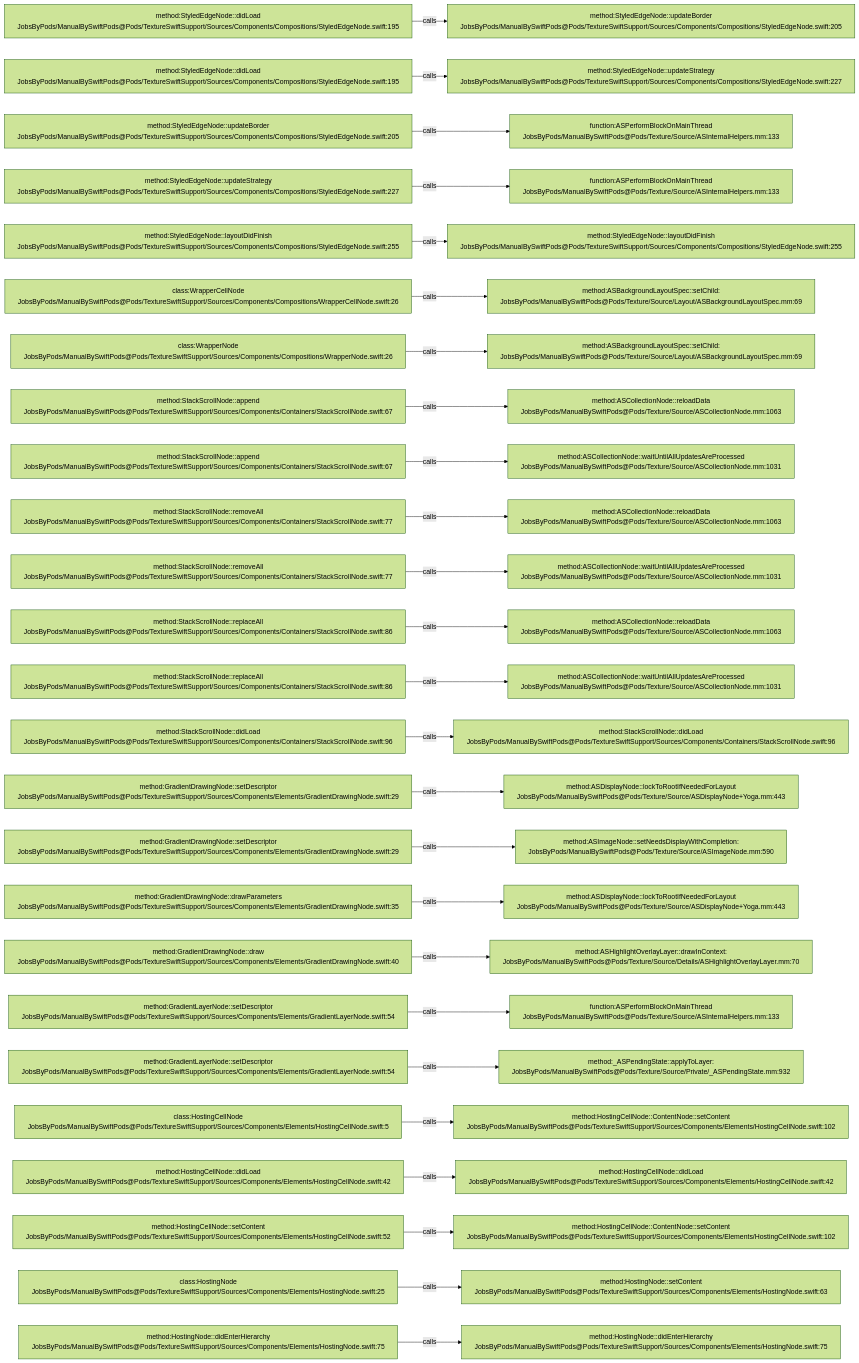
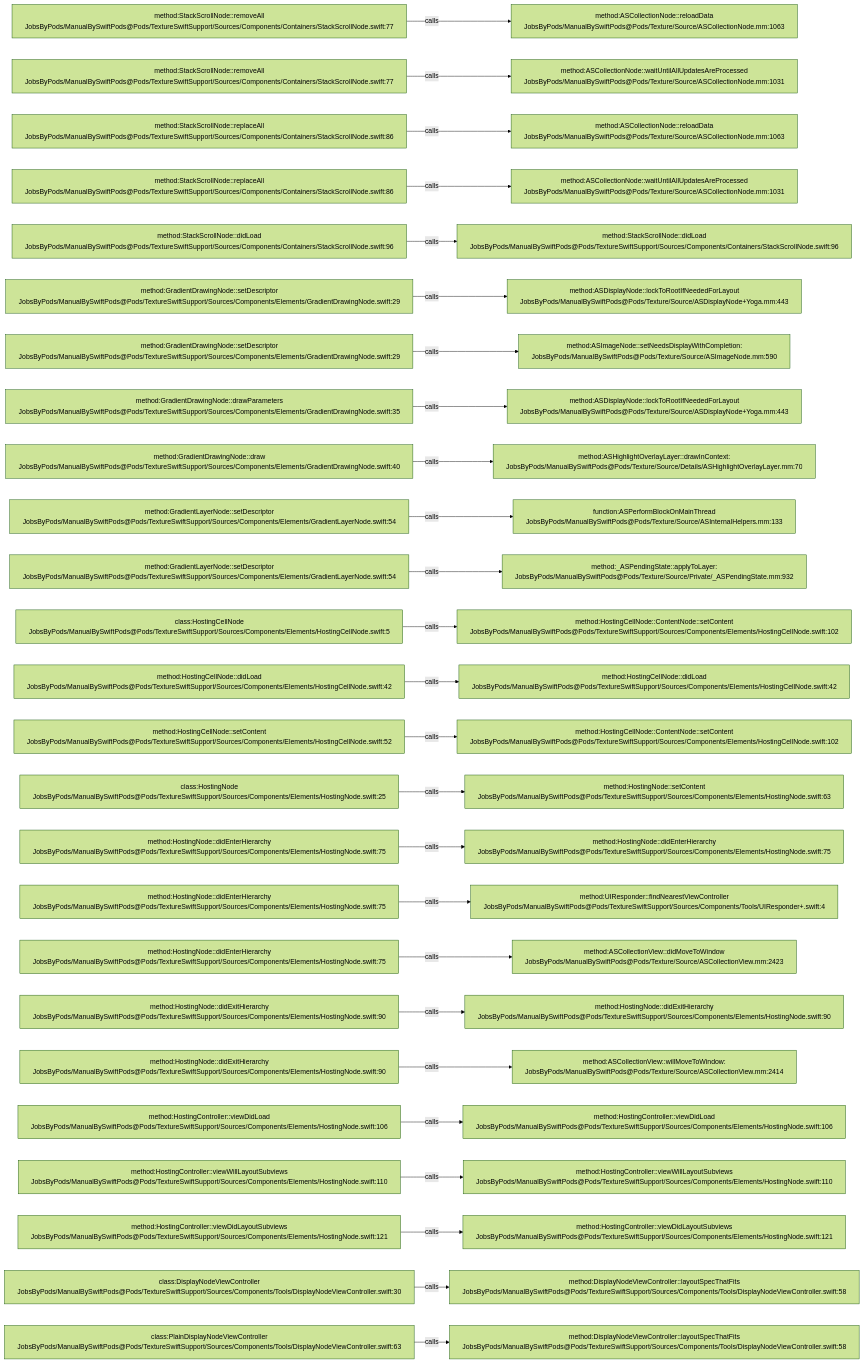
One commit to JobsKits/JobsSwiftBaseConfigDemo changed the diagram in .codegraph/codegraph.md/graphs/calls-155.md. Above: the diagram before and after it, drawn with Mermaid (forest theme). The commit also changed 707 other files, not shown here.

````diff
--- a/.codegraph/codegraph.md/graphs/calls-155.md
+++ b/.codegraph/codegraph.md/graphs/calls-155.md
@@ -13,78 +13,78 @@
 ```mermaid
 flowchart LR
-  S1["method:StyledEdgeNode::didLoad<br/>JobsByPods/ManualBySwiftPods@Pods/TextureSwiftSupport/Sources/Components/Compositions/StyledEdgeNode.swift:195"]
-  T1["method:StyledEdgeNode::updateBorder<br/>JobsByPods/ManualBySwiftPods@Pods/TextureSwiftSupport/Sources/Components/Compositions/StyledEdgeNode.swift:205"]
+  S1["method:StackScrollNode::removeAll<br/>JobsByPods/ManualBySwiftPods@Pods/TextureSwiftSupport/Sources/Components/Containers/StackScrollNode.swift:77"]
+  T1["method:ASCollectionNode::reloadData<br/>JobsByPods/ManualBySwiftPods@Pods/Texture/Source/ASCollectionNode.mm:1063"]
   S1 -->|calls| T1
-  S2["method:StyledEdgeNode::didLoad<br/>JobsByPods/ManualBySwiftPods@Pods/TextureSwiftSupport/Sources/Components/Compositions/StyledEdgeNode.swift:195"]
-  T2["method:StyledEdgeNode::updateStrategy<br/>JobsByPods/ManualBySwiftPods@Pods/TextureSwiftSupport/Sources/Components/Compositions/StyledEdgeNode.swift:227"]
+  S2["method:StackScrollNode::removeAll<br/>JobsByPods/ManualBySwiftPods@Pods/TextureSwiftSupport/Sources/Components/Containers/StackScrollNode.swift:77"]
+  T2["method:ASCollectionNode::waitUntilAllUpdatesAreProcessed<br/>JobsByPods/ManualBySwiftPods@Pods/Texture/Source/ASCollectionNode.mm:1031"]
   S2 -->|calls| T2
-  S3["method:StyledEdgeNode::updateBorder<br/>JobsByPods/ManualBySwiftPods@Pods/TextureSwiftSupport/Sources/Components/Compositions/StyledEdgeNode.swift:205"]
-  T3["function:ASPerformBlockOnMainThread<br/>JobsByPods/ManualBySwiftPods@Pods/Texture/Source/ASInternalHelpers.mm:133"]
+  S3["method:StackScrollNode::replaceAll<br/>JobsByPods/ManualBySwiftPods@Pods/TextureSwiftSupport/Sources/Components/Containers/StackScrollNode.swift:86"]
+  T3["method:ASCollectionNode::reloadData<br/>JobsByPods/ManualBySwiftPods@Pods/Texture/Source/ASCollectionNode.mm:1063"]
   S3 -->|calls| T3
-  S4["method:StyledEdgeNode::updateStrategy<br/>JobsByPods/ManualBySwiftPods@Pods/TextureSwiftSupport/Sources/Components/Compositions/StyledEdgeNode.swift:227"]
-  T4["function:ASPerformBlockOnMainThread<br/>JobsByPods/ManualBySwiftPods@Pods/Texture/Source/ASInternalHelpers.mm:133"]
+  S4["method:StackScrollNode::replaceAll<br/>JobsByPods/ManualBySwiftPods@Pods/TextureSwiftSupport/Sources/Components/Containers/StackScrollNode.swift:86"]
+  T4["method:ASCollectionNode::waitUntilAllUpdatesAreProcessed<br/>JobsByPods/ManualBySwiftPods@Pods/Texture/Source/ASCollectionNode.mm:1031"]
   S4 -->|calls| T4
-  S5["method:StyledEdgeNode::layoutDidFinish<br/>JobsByPods/ManualBySwiftPods@Pods/TextureSwiftSupport/Sources/Components/Compositions/StyledEdgeNode.swift:255"]
-  T5["method:StyledEdgeNode::layoutDidFinish<br/>JobsByPods/ManualBySwiftPods@Pods/TextureSwiftSupport/Sources/Components/Compositions/StyledEdgeNode.swift:255"]
+  S5["method:StackScrollNode::didLoad<br/>JobsByPods/ManualBySwiftPods@Pods/TextureSwiftSupport/Sources/Components/Containers/StackScrollNode.swift:96"]
+  T5["method:StackScrollNode::didLoad<br/>JobsByPods/ManualBySwiftPods@Pods/TextureSwiftSupport/Sources/Components/Containers/StackScrollNode.swift:96"]
   S5 -->|calls| T5
-  S6["class:WrapperCellNode<br/>JobsByPods/ManualBySwiftPods@Pods/TextureSwiftSupport/Sources/Components/Compositions/WrapperCellNode.swift:26"]
-  T6["method:ASBackgroundLayoutSpec::setChild:<br/>JobsByPods/ManualBySwiftPods@Pods/Texture/Source/Layout/ASBackgroundLayoutSpec.mm:69"]
+  S6["method:GradientDrawingNode::setDescriptor<br/>JobsByPods/ManualBySwiftPods@Pods/TextureSwiftSupport/Sources/Components/Elements/GradientDrawingNode.swift:29"]
+  T6["method:ASDisplayNode::lockToRootIfNeededForLayout<br/>JobsByPods/ManualBySwiftPods@Pods/Texture/Source/ASDisplayNode+Yoga.mm:443"]
   S6 -->|calls| T6
-  S7["class:WrapperNode<br/>JobsByPods/ManualBySwiftPods@Pods/TextureSwiftSupport/Sources/Components/Compositions/WrapperNode.swift:26"]
-  T7["method:ASBackgroundLayoutSpec::setChild:<br/>JobsByPods/ManualBySwiftPods@Pods/Texture/Source/Layout/ASBackgroundLayoutSpec.mm:69"]
+  S7["method:GradientDrawingNode::setDescriptor<br/>JobsByPods/ManualBySwiftPods@Pods/TextureSwiftSupport/Sources/Components/Elements/GradientDrawingNode.swift:29"]
+  T7["method:ASImageNode::setNeedsDisplayWithCompletion:<br/>JobsByPods/ManualBySwiftPods@Pods/Texture/Source/ASImageNode.mm:590"]
   S7 -->|calls| T7
-  S8["method:StackScrollNode::append<br/>JobsByPods/ManualBySwiftPods@Pods/TextureSwiftSupport/Sources/Components/Containers/StackScrollNode.swift:67"]
-  T8["method:ASCollectionNode::reloadData<br/>JobsByPods/ManualBySwiftPods@Pods/Texture/Source/ASCollectionNode.mm:1063"]
+  S8["method:GradientDrawingNode::drawParameters<br/>JobsByPods/ManualBySwiftPods@Pods/TextureSwiftSupport/Sources/Components/Elements/GradientDrawingNode.swift:35"]
+  T8["method:ASDisplayNode::lockToRootIfNeededForLayout<br/>JobsByPods/ManualBySwiftPods@Pods/Texture/Source/ASDisplayNode+Yoga.mm:443"]
   S8 -->|calls| T8
-  S9["method:StackScrollNode::append<br/>JobsByPods/ManualBySwiftPods@Pods/TextureSwiftSupport/Sources/Components/Containers/StackScrollNode.swift:67"]
-  T9["method:ASCollectionNode::waitUntilAllUpdatesAreProcessed<br/>JobsByPods/ManualBySwiftPods@Pods/Texture/Source/ASCollectionNode.mm:1031"]
+  S9["method:GradientDrawingNode::draw<br/>JobsByPods/ManualBySwiftPods@Pods/TextureSwiftSupport/Sources/Components/Elements/GradientDrawingNode.swift:40"]
+  T9["method:ASHighlightOverlayLayer::drawInContext:<br/>JobsByPods/ManualBySwiftPods@Pods/Texture/Source/Details/ASHighlightOverlayLayer.mm:70"]
   S9 -->|calls| T9
-  S10["method:StackScrollNode::removeAll<br/>JobsByPods/ManualBySwiftPods@Pods/TextureSwiftSupport/Sources/Components/Containers/StackScrollNode.swift:77"]
-  T10["method:ASCollectionNode::reloadData<br/>JobsByPods/ManualBySwiftPods@Pods/Texture/Source/ASCollectionNode.mm:1063"]
+  S10["method:GradientLayerNode::setDescriptor<br/>JobsByPods/ManualBySwiftPods@Pods/TextureSwiftSupport/Sources/Components/Elements/GradientLayerNode.swift:54"]
+  T10["function:ASPerformBlockOnMainThread<br/>JobsByPods/ManualBySwiftPods@Pods/Texture/Source/ASInternalHelpers.mm:133"]
   S10 -->|calls| T10
-  S11["method:StackScrollNode::removeAll<br/>JobsByPods/ManualBySwiftPods@Pods/TextureSwiftSupport/Sources/Components/Containers/StackScrollNode.swift:77"]
-  T11["method:ASCollectionNode::waitUntilAllUpdatesAreProcessed<br/>JobsByPods/ManualBySwiftPods@Pods/Texture/Source/ASCollectionNode.mm:1031"]
+  S11["method:GradientLayerNode::setDescriptor<br/>JobsByPods/ManualBySwiftPods@Pods/TextureSwiftSupport/Sources/Components/Elements/GradientLayerNode.swift:54"]
+  T11["method:_ASPendingState::applyToLayer:<br/>JobsByPods/ManualBySwiftPods@Pods/Texture/Source/Private/_ASPendingState.mm:932"]
   S11 -->|calls| T11
-  S12["method:StackScrollNode::replaceAll<br/>JobsByPods/ManualBySwiftPods@Pods/TextureSwiftSupport/Sources/Components/Containers/StackScrollNode.swift:86"]
-  T12["method:ASCollectionNode::reloadData<br/>JobsByPods/ManualBySwiftPods@Pods/Texture/Source/ASCollectionNode.mm:1063"]
+  S12["class:HostingCellNode<br/>JobsByPods/ManualBySwiftPods@Pods/TextureSwiftSupport/Sources/Components/Elements/HostingCellNode.swift:5"]
+  T12["method:HostingCellNode::ContentNode::setContent<br/>JobsByPods/ManualBySwiftPods@Pods/TextureSwiftSupport/Sources/Components/Elements/HostingCellNode.swift:102"]
   S12 -->|calls| T12
-  S13["method:StackScrollNode::replaceAll<br/>JobsByPods/ManualBySwiftPods@Pods/TextureSwiftSupport/Sources/Components/Containers/StackScrollNode.swift:86"]
-  T13["method:ASCollectionNode::waitUntilAllUpdatesAreProcessed<br/>JobsByPods/ManualBySwiftPods@Pods/Texture/Source/ASCollectionNode.mm:1031"]
+  S13["method:HostingCellNode::didLoad<br/>JobsByPods/ManualBySwiftPods@Pods/TextureSwiftSupport/Sources/Components/Elements/HostingCellNode.swift:42"]
+  T13["method:HostingCellNode::didLoad<br/>JobsByPods/ManualBySwiftPods@Pods/TextureSwiftSupport/Sources/Components/Elements/HostingCellNode.swift:42"]
   S13 -->|calls| T13
-  S14["method:StackScrollNode::didLoad<br/>JobsByPods/ManualBySwiftPods@Pods/TextureSwiftSupport/Sources/Components/Containers/StackScrollNode.swift:96"]
-  T14["method:StackScrollNode::didLoad<br/>JobsByPods/ManualBySwiftPods@Pods/TextureSwiftSupport/Sources/Components/Containers/StackScrollNode.swift:96"]
+  S14["method:HostingCellNode::setContent<br/>JobsByPods/ManualBySwiftPods@Pods/TextureSwiftSupport/Sources/Components/Elements/HostingCellNode.swift:52"]
+  T14["method:HostingCellNode::ContentNode::setContent<br/>JobsByPods/ManualBySwiftPods@Pods/TextureSwiftSupport/Sources/Components/Elements/HostingCellNode.swift:102"]
   S14 -->|calls| T14
-  S15["method:GradientDrawingNode::setDescriptor<br/>JobsByPods/ManualBySwiftPods@Pods/TextureSwiftSupport/Sources/Components/Elements/GradientDrawingNode.swift:29"]
-  T15["method:ASDisplayNode::lockToRootIfNeededForLayout<br/>JobsByPods/ManualBySwiftPods@Pods/Texture/Source/ASDisplayNode+Yoga.mm:443"]
+  S15["class:HostingNode<br/>JobsByPods/ManualBySwiftPods@Pods/TextureSwiftSupport/Sources/Components/Elements/HostingNode.swift:25"]
+  T15["method:HostingNode::setContent<br/>JobsByPods/ManualBySwiftPods@Pods/TextureSwiftSupport/Sources/Components/Elements/HostingNode.swift:63"]
   S15 -->|calls| T15
-  S16["method:GradientDrawingNode::setDescriptor<br/>JobsByPods/ManualBySwiftPods@Pods/TextureSwiftSupport/Sources/Components/Elements/GradientDrawingNode.swift:29"]
-  T16["method:ASImageNode::setNeedsDisplayWithCompletion:<br/>JobsByPods/ManualBySwiftPods@Pods/Texture/Source/ASImageNode.mm:590"]
+  S16["method:HostingNode::didEnterHierarchy<br/>JobsByPods/ManualBySwiftPods@Pods/TextureSwiftSupport/Sources/Components/Elements/HostingNode.swift:75"]
+  T16["method:HostingNode::didEnterHierarchy<br/>JobsByPods/ManualBySwiftPods@Pods/TextureSwiftSupport/Sources/Components/Elements/HostingNode.swift:75"]
   S16 -->|calls| T16
-  S17["method:GradientDrawingNode::drawParameters<br/>JobsByPods/ManualBySwiftPods@Pods/TextureSwiftSupport/Sources/Components/Elements/GradientDrawingNode.swift:35"]
-  T17["method:ASDisplayNode::lockToRootIfNeededForLayout<br/>JobsByPods/ManualBySwiftPods@Pods/Texture/Source/ASDisplayNode+Yoga.mm:443"]
+  S17["method:HostingNode::didEnterHierarchy<br/>JobsByPods/ManualBySwiftPods@Pods/TextureSwiftSupport/Sources/Components/Elements/HostingNode.swift:75"]
+  T17["method:UIResponder::findNearestViewController<br/>JobsByPods/ManualBySwiftPods@Pods/TextureSwiftSupport/Sources/Components/Tools/UIResponder+.swift:4"]
   S17 -->|calls| T17
-  S18["method:GradientDrawingNode::draw<br/>JobsByPods/ManualBySwiftPods@Pods/TextureSwiftSupport/Sources/Components/Elements/GradientDrawingNode.swift:40"]
-  T18["method:ASHighlightOverlayLayer::drawInContext:<br/>JobsByPods/ManualBySwiftPods@Pods/Texture/Source/Details/ASHighlightOverlayLayer.mm:70"]
+  S18["method:HostingNode::didEnterHierarchy<br/>JobsByPods/ManualBySwiftPods@Pods/TextureSwiftSupport/Sources/Components/Elements/HostingNode.swift:75"]
+  T18["method:ASCollectionView::didMoveToWindow<br/>JobsByPods/ManualBySwiftPods@Pods/Texture/Source/ASCollectionView.mm:2423"]
   S18 -->|calls| T18
-  S19["method:GradientLayerNode::setDescriptor<br/>JobsByPods/ManualBySwiftPods@Pods/TextureSwiftSupport/Sources/Components/Elements/GradientLayerNode.swift:54"]
-  T19["function:ASPerformBlockOnMainThread<br/>JobsByPods/ManualBySwiftPods@Pods/Texture/Source/ASInternalHelpers.mm:133"]
+  S19["method:HostingNode::didExitHierarchy<br/>JobsByPods/ManualBySwiftPods@Pods/TextureSwiftSupport/Sources/Components/Elements/HostingNode.swift:90"]
+  T19["method:HostingNode::didExitHierarchy<br/>JobsByPods/ManualBySwiftPods@Pods/TextureSwiftSupport/Sources/Components/Elements/HostingNode.swift:90"]
   S19 -->|calls| T19
-  S20["method:GradientLayerNode::setDescriptor<br/>JobsByPods/ManualBySwiftPods@Pods/TextureSwiftSupport/Sources/Components/Elements/GradientLayerNode.swift:54"]
-  T20["method:_ASPendingState::applyToLayer:<br/>JobsByPods/ManualBySwiftPods@Pods/Texture/Source/Private/_ASPendingState.mm:932"]
+  S20["method:HostingNode::didExitHierarchy<br/>JobsByPods/ManualBySwiftPods@Pods/TextureSwiftSupport/Sources/Components/Elements/HostingNode.swift:90"]
+  T20["method:ASCollectionView::willMoveToWindow:<br/>JobsByPods/ManualBySwiftPods@Pods/Texture/Source/ASCollectionView.mm:2414"]
   S20 -->|calls| T20
-  S21["class:HostingCellNode<br/>JobsByPods/ManualBySwiftPods@Pods/TextureSwiftSupport/Sources/Components/Elements/HostingCellNode.swift:5"]
-  T21["method:HostingCellNode::ContentNode::setContent<br/>JobsByPods/ManualBySwiftPods@Pods/TextureSwiftSupport/Sources/Components/Elements/HostingCellNode.swift:102"]
+  S21["method:HostingController::viewDidLoad<br/>JobsByPods/ManualBySwiftPods@Pods/TextureSwiftSupport/Sources/Components/Elements/HostingNode.swift:106"]
+  T21["method:HostingController::viewDidLoad<br/>JobsByPods/ManualBySwiftPods@Pods/TextureSwiftSupport/Sources/Components/Elements/HostingNode.swift:106"]
   S21 -->|calls| T21
-  S22["method:HostingCellNode::didLoad<br/>JobsByPods/ManualBySwiftPods@Pods/TextureSwiftSupport/Sources/Components/Elements/HostingCellNode.swift:42"]
-  T22["method:HostingCellNode::didLoad<br/>JobsByPods/ManualBySwiftPods@Pods/TextureSwiftSupport/Sources/Components/Elements/HostingCellNode.swift:42"]
+  S22["method:HostingController::viewWillLayoutSubviews<br/>JobsByPods/ManualBySwiftPods@Pods/TextureSwiftSupport/Sources/Components/Elements/HostingNode.swift:110"]
+  T22["method:HostingController::viewWillLayoutSubviews<br/>JobsByPods/ManualBySwiftPods@Pods/TextureSwiftSupport/Sources/Components/Elements/HostingNode.swift:110"]
   S22 -->|calls| T22
-  S23["method:HostingCellNode::setContent<br/>JobsByPods/ManualBySwiftPods@Pods/TextureSwiftSupport/Sources/Components/Elements/HostingCellNode.swift:52"]
-  T23["method:HostingCellNode::ContentNode::setContent<br/>JobsByPods/ManualBySwiftPods@Pods/TextureSwiftSupport/Sources/Components/Elements/HostingCellNode.swift:102"]
+  S23["method:HostingController::viewDidLayoutSubviews<br/>JobsByPods/ManualBySwiftPods@Pods/TextureSwiftSupport/Sources/Components/Elements/HostingNode.swift:121"]
+  T23["method:HostingController::viewDidLayoutSubviews<br/>JobsByPods/ManualBySwiftPods@Pods/TextureSwiftSupport/Sources/Components/Elements/HostingNode.swift:121"]
   S23 -->|calls| T23
-  S24["class:HostingNode<br/>JobsByPods/ManualBySwiftPods@Pods/TextureSwiftSupport/Sources/Components/Elements/HostingNode.swift:25"]
-  T24["method:HostingNode::setContent<br/>JobsByPods/ManualBySwiftPods@Pods/TextureSwiftSupport/Sources/Components/Elements/HostingNode.swift:63"]
+  S24["class:DisplayNodeViewController<br/>JobsByPods/ManualBySwiftPods@Pods/TextureSwiftSupport/Sources/Components/Tools/DisplayNodeViewController.swift:30"]
+  T24["method:DisplayNodeViewController::layoutSpecThatFits<br/>JobsByPods/ManualBySwiftPods@Pods/TextureSwiftSupport/Sources/Components/Tools/DisplayNodeViewController.swift:58"]
   S24 -->|calls| T24
-  S25["method:HostingNode::didEnterHierarchy<br/>JobsByPods/ManualBySwiftPods@Pods/TextureSwiftSupport/Sources/Components/Elements/HostingNode.swift:75"]
-  T25["method:HostingNode::didEnterHierarchy<br/>JobsByPods/ManualBySwiftPods@Pods/TextureSwiftSupport/Sources/Components/Elements/HostingNode.swift:75"]
+  S25["class:PlainDisplayNodeViewController<br/>JobsByPods/ManualBySwiftPods@Pods/TextureSwiftSupport/Sources/Components/Tools/DisplayNodeViewController.swift:63"]
+  T25["method:DisplayNodeViewController::layoutSpecThatFits<br/>JobsByPods/ManualBySwiftPods@Pods/TextureSwiftSupport/Sources/Components/Tools/DisplayNodeViewController.swift:58"]
   S25 -->|calls| T25
 ```
````
